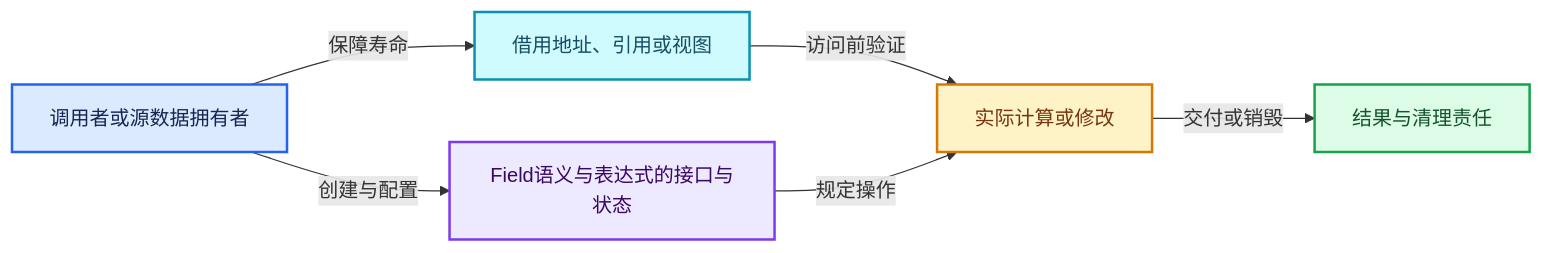
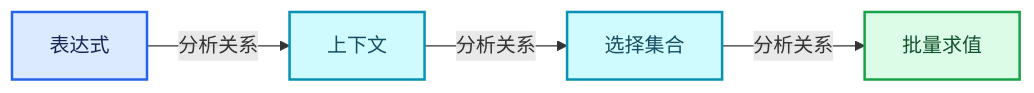
One commit to yunkezengren/blender-.vscode changed the third of 4 diagrams in 杂/markdown/全面学习-codex/08-Field表达式与求值/01-Field语义与表达式.md. Above: the diagram before and after it, drawn with Mermaid. The commit also changed other lines of this file and 1930 other files, not shown here.

````diff
--- a/杂/markdown/全面学习-codex/08-Field表达式与求值/01-Field语义与表达式.md
+++ b/杂/markdown/全面学习-codex/08-Field表达式与求值/01-Field语义与表达式.md
@@ -230,19 +57,16 @@
 ```mermaid
 flowchart LR
-  O["调用者或源数据拥有者"]:::input
-  V["Field语义与表达式的接口与状态"]:::abstraction
-  B["借用地址、引用或视图"]:::data
-  W["实际计算或修改"]:::compute
-  R["结果与清理责任"]:::result
-  O -->|"创建与配置"| V
-  O -->|"保障寿命"| B
-  B -->|"访问前验证"| W
-  V -->|"规定操作"| W
-  W -->|"交付或销毁"| R
+  P0["表达式"]:::input
+  P1["上下文"]:::data
+  P2["选择集合"]:::data
+  P3["批量求值"]:::result
+  P0 -->|"分析关系"| P1
+  P1 -->|"分析关系"| P2
+  P2 -->|"分析关系"| P3
   classDef input fill:#DBEAFE,stroke:#2563EB,color:#172554,stroke-width:2px;
   classDef data fill:#CFFAFE,stroke:#0891B2,color:#164E63,stroke-width:2px;
   classDef abstraction fill:#EDE9FE,stroke:#7C3AED,color:#3B0764,stroke-width:2px;
   classDef compute fill:#FEF3C7,stroke:#D97706,color:#78350F,stroke-width:2px;
   classDef result fill:#DCFCE7,stroke:#16A34A,color:#14532D,stroke-width:2px;
   classDef error fill:#FEE2E2,stroke:#DC2626,color:#7F1D1D,stroke-width:2px;
 ```
````
